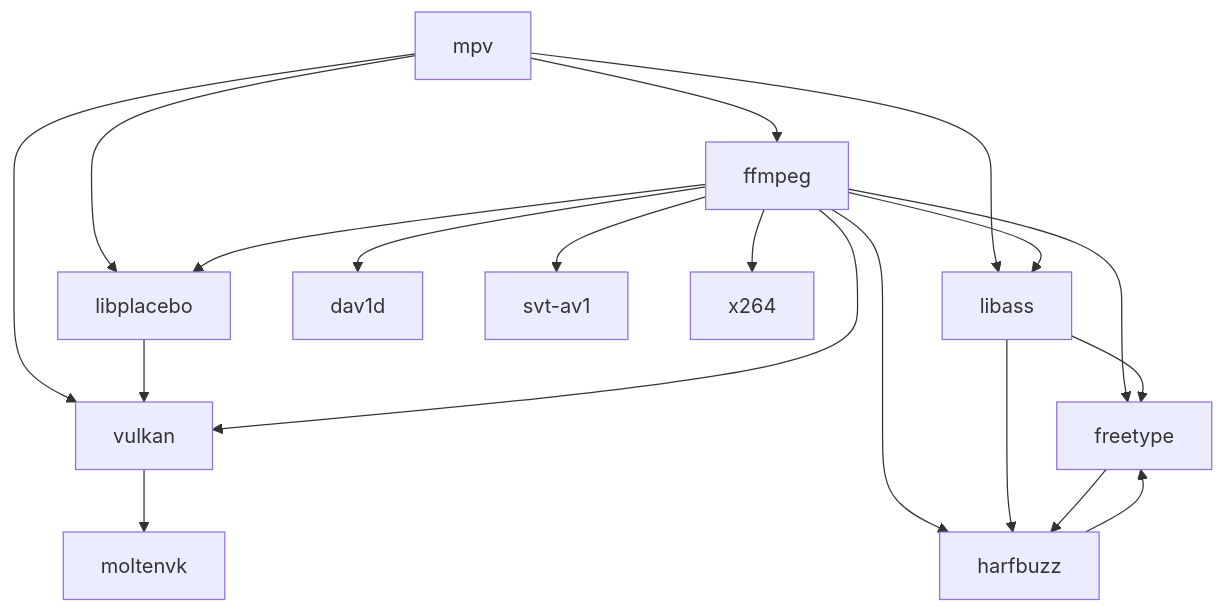
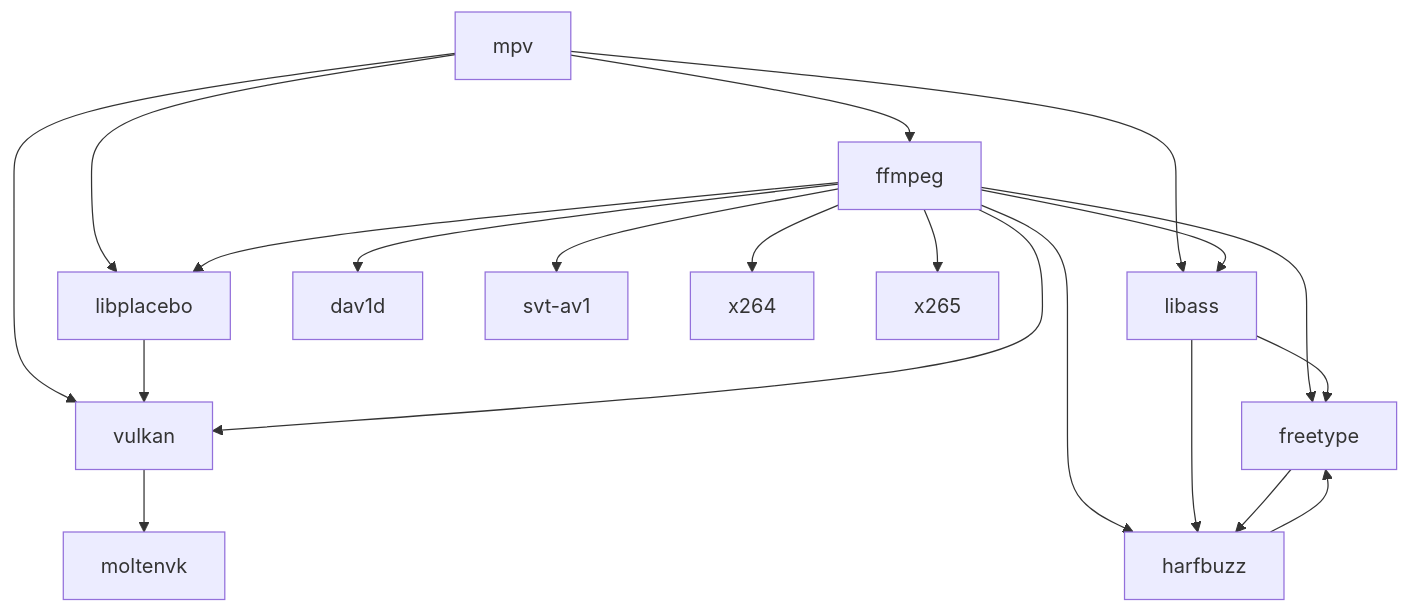
The diagram in README.md (m154k1/mpv-build-macOS), drawn with Mermaid before and after one commit. The commit also changed other lines of this file and 2 other files, not shown here.

````diff
--- a/README.md
+++ b/README.md
@@ -143,21 +150,22 @@
 ```mermaid
 graph TD;
    mpv-->ffmpeg;
    mpv-->libplacebo;
    mpv-->vulkan;
    mpv-->libass;
    libplacebo-->vulkan;
    vulkan-->moltenvk;
    ffmpeg-->libplacebo;
    ffmpeg-->vulkan;
    ffmpeg-->dav1d;
    ffmpeg-->svt-av1;
    ffmpeg-->x264;
+   ffmpeg-->x265;
    ffmpeg-->libass;
    ffmpeg-->freetype;
    ffmpeg-->harfbuzz;
    libass-->freetype;
    libass-->harfbuzz;
    freetype-->harfbuzz;
    harfbuzz-->freetype;
 ```
````
